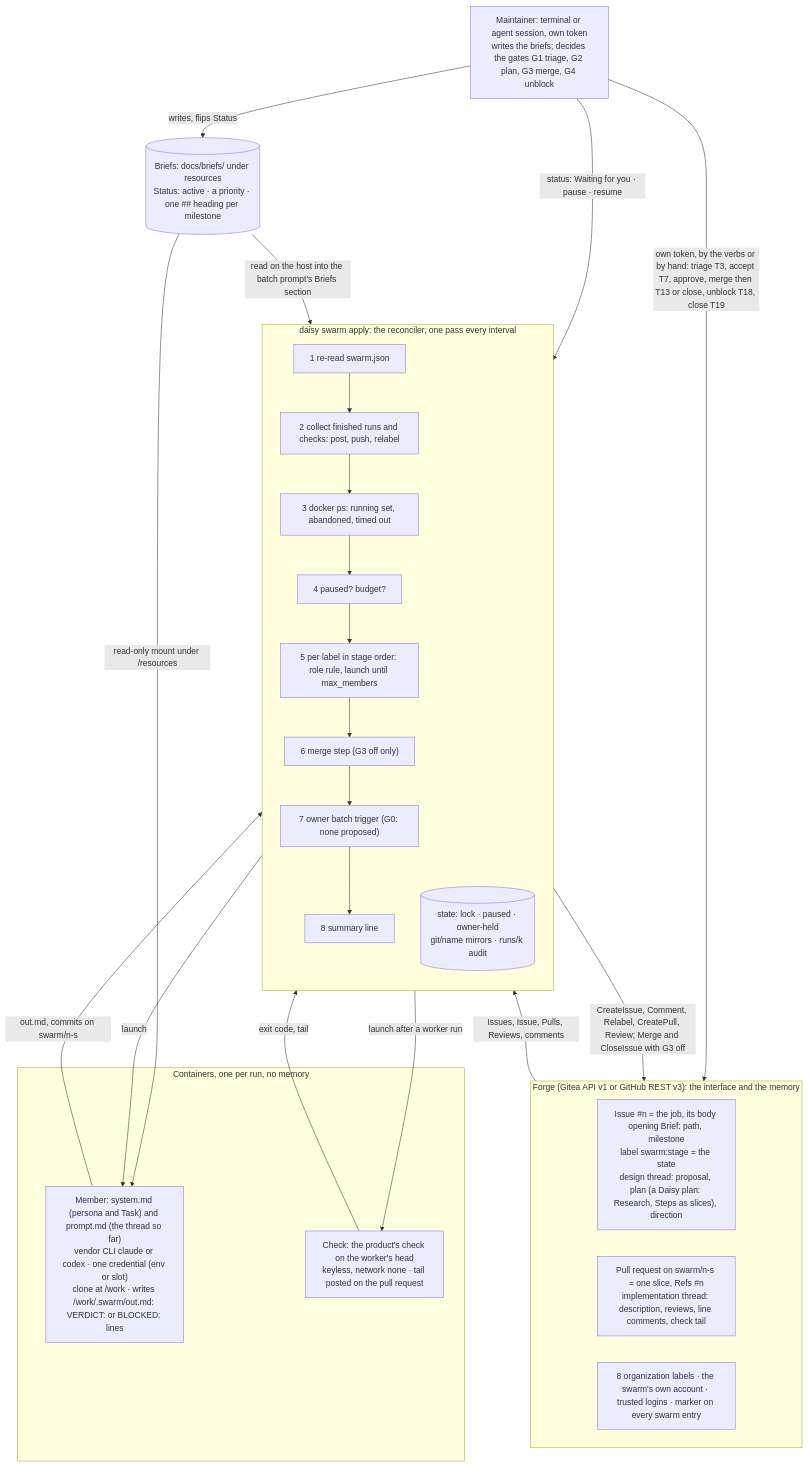
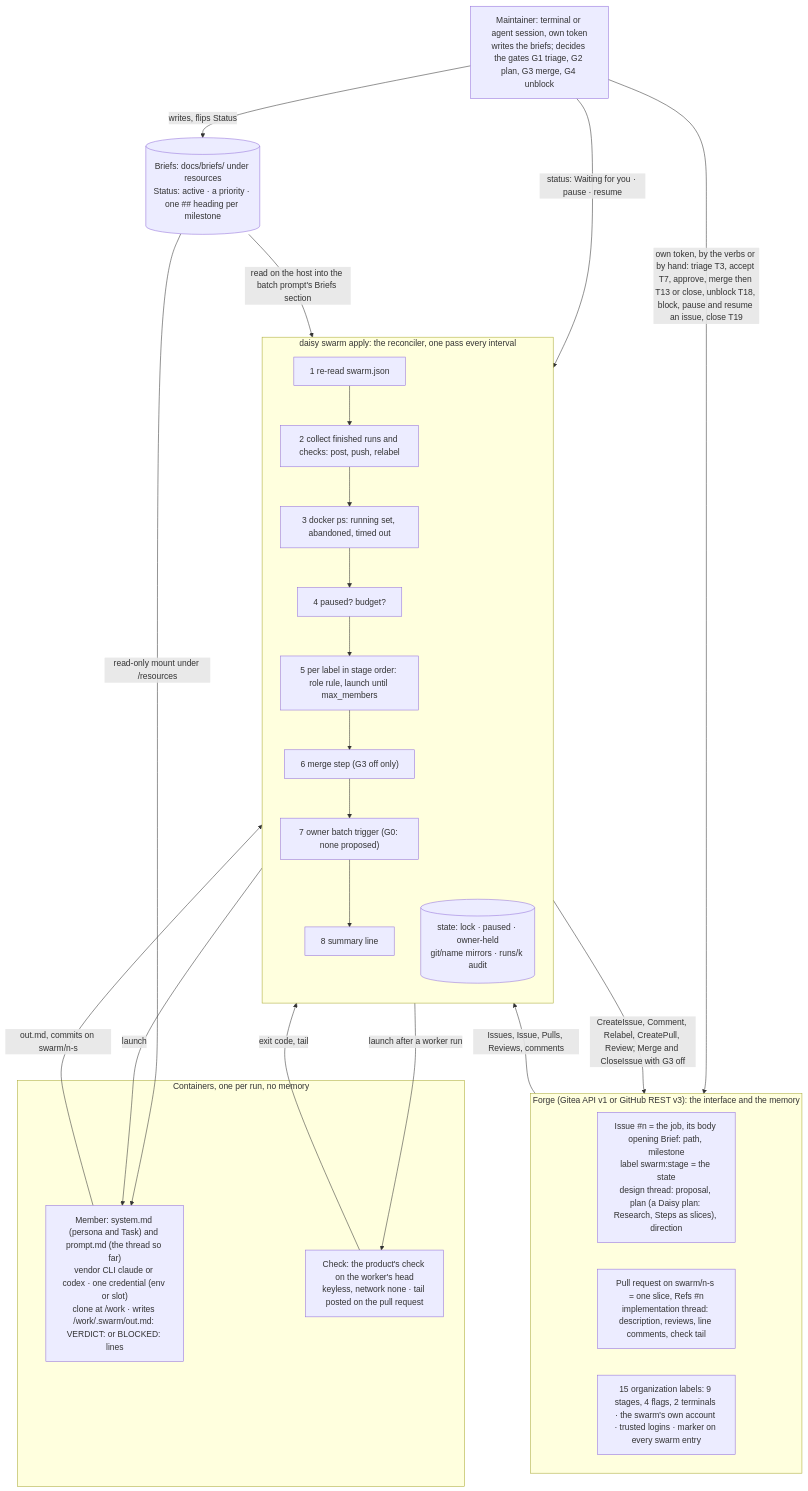
The first of 2 diagrams in docs/swarm.md (farraway/daisy), drawn with Mermaid before and after one commit. The commit also changed other lines of this file and 40 other files, not shown here.

````diff
--- a/docs/swarm.md
+++ b/docs/swarm.md
@@ -153,36 +160,36 @@
 ```mermaid
 flowchart TB
   M["Maintainer: terminal or agent session, own token<br/>writes the briefs; decides the gates G1 triage, G2 plan, G3 merge, G4 unblock"]
   B[("Briefs: docs/briefs/ under resources<br/>Status: active · a priority · one ## heading per milestone")]
   subgraph F["Forge (Gitea API v1 or GitHub REST v3): the interface and the memory"]
     I["Issue #n = the job, its body opening Brief: path, milestone<br/>label swarm:stage = the state<br/>design thread: proposal, plan (a Daisy plan: Research, Steps as slices), direction"]
     P["Pull request on swarm/n-s = one slice, Refs #n<br/>implementation thread: description, reviews, line comments, check tail"]
-    L["8 organization labels · the swarm's own account · trusted logins · marker on every swarm entry"]
+    L["15 organization labels: 9 stages, 4 flags, 2 terminals · the swarm's own account · trusted logins · marker on every swarm entry"]
   end
   subgraph A["daisy swarm apply: the reconciler, one pass every interval"]
     direction TB
     S1["1 re-read swarm.json"] --> S2["2 collect finished runs and checks: post, push, relabel"]
     S2 --> S3["3 docker ps: running set, abandoned, timed out"]
     S3 --> S4["4 paused? budget?"]
     S4 --> S5["5 per label in stage order: role rule, launch until max_members"]
     S5 --> S6["6 merge step (G3 off only)"]
     S6 --> S7["7 owner batch trigger (G0: none proposed)"]
     S7 --> S8["8 summary line"]
     ST[("state: lock · paused · owner-held<br/>git/name mirrors · runs/k audit")]
   end
   subgraph C["Containers, one per run, no memory"]
     MC["Member: system.md (persona and Task) and prompt.md (the thread so far)<br/>vendor CLI claude or codex · one credential (env or slot)<br/>clone at /work · writes /work/.swarm/out.md: VERDICT: or BLOCKED: lines"]
     CC["Check: the product's check on the worker's head<br/>keyless, network none · tail posted on the pull request"]
   end
   M -- "writes, flips Status" --> B
   M -- "status: Waiting for you · pause · resume" --> A
-  M -- "own token, by the verbs or by hand: triage T3, accept T7, approve, merge then T13 or close, unblock T18, close T19" --> F
+  M -- "own token, by the verbs or by hand: triage T3, accept T7, approve, merge then T13 or close, unblock T18, block, pause and resume an issue, close T19" --> F
   B -- "read on the host into the batch prompt's Briefs section" --> A
   B -- "read-only mount under /resources" --> MC
   F -- "Issues, Issue, Pulls, Reviews, comments" --> A
   A -- "CreateIssue, Comment, Relabel, CreatePull, Review; Merge and CloseIssue with G3 off" --> F
   A -- "launch" --> MC
   A -- "launch after a worker run" --> CC
   MC -- "out.md, commits on swarm/n-s" --> A
   CC -- "exit code, tail" --> A
 ```
````
